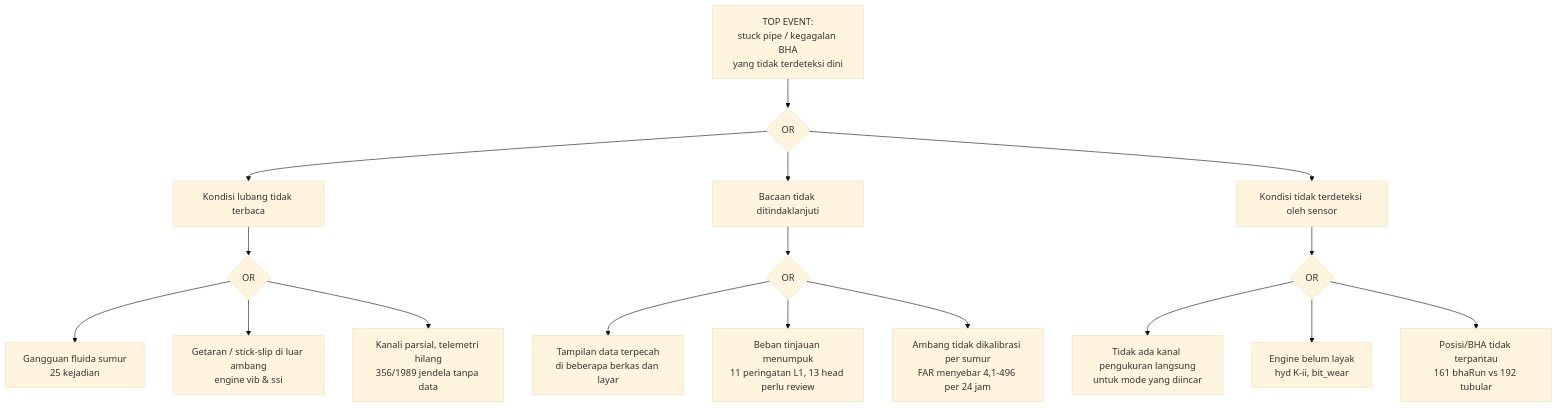
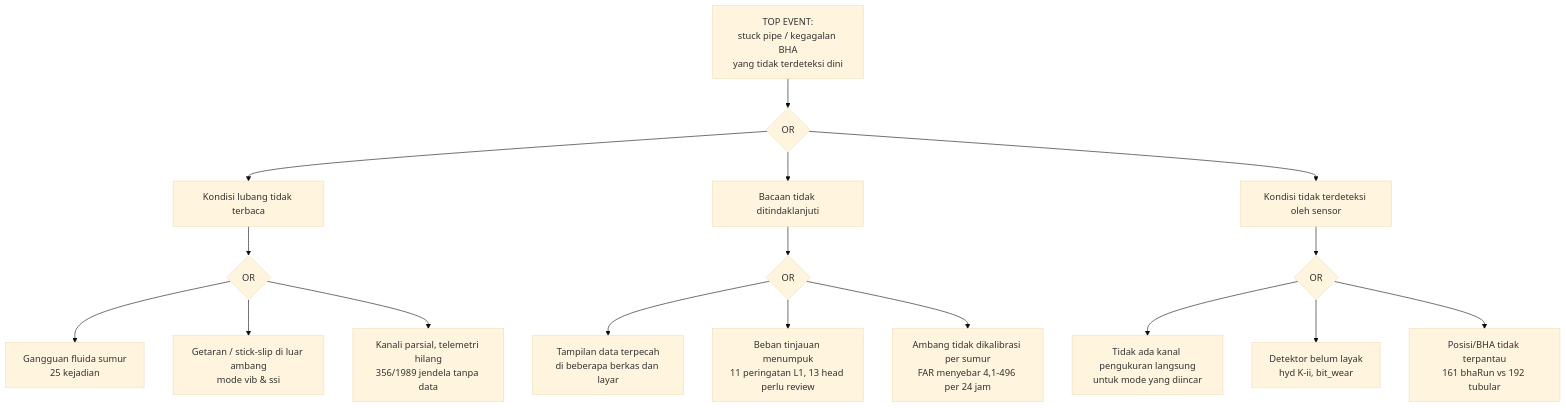
Before and after one commit to neonti28/ppt1-capstone-proposal: the fifth of 5 diagrams in docs/PPT1_BAB2.md, drawn with Mermaid (base theme). The commit also changed other lines of this file and 932 other files, not shown here.

````diff
--- a/docs/PPT1_BAB2.md
+++ b/docs/PPT1_BAB2.md
@@ -229,23 +229,23 @@
 ```mermaid
 flowchart TD
   T["TOP EVENT:<br/>stuck pipe / kegagalan BHA<br/>yang tidak terdeteksi dini"]
   T --> OR1{"OR"}
   OR1 --> A1["Kondisi lubang tidak terbaca"]
   OR1 --> A2["Bacaan tidak ditindaklanjuti"]
   OR1 --> A3["Kondisi tidak terdeteksi oleh sensor"]
 
   A1 --> OR2{"OR"}
   OR2 --> B1["Gangguan fluida sumur<br/>25 kejadian"]
-  OR2 --> B2["Getaran / stick-slip di luar ambang<br/>engine vib & ssi"]
+  OR2 --> B2["Getaran / stick-slip di luar ambang<br/>mode vib & ssi"]
   OR2 --> B3["Kanali parsial, telemetri hilang<br/>356/1989 jendela tanpa data"]
 
   A2 --> OR3{"OR"}
   OR3 --> C1["Tampilan data terpecah<br/>di beberapa berkas dan layar"]
   OR3 --> C2["Beban tinjauan menumpuk<br/>11 peringatan L1, 13 head perlu review"]
   OR3 --> C3["Ambang tidak dikalibrasi per sumur<br/>FAR menyebar 4,1-496 per 24 jam"]
 
   A3 --> OR4{"OR"}
   OR4 --> D1["Tidak ada kanal pengukuran langsung<br/>untuk mode yang diincar"]
-  OR4 --> D2["Engine belum layak<br/>hyd K-ii, bit_wear"]
+  OR4 --> D2["Detektor belum layak<br/>hyd K-ii, bit_wear"]
   OR4 --> D3["Posisi/BHA tidak terpantau<br/>161 bhaRun vs 192 tubular"]
 ```
````
